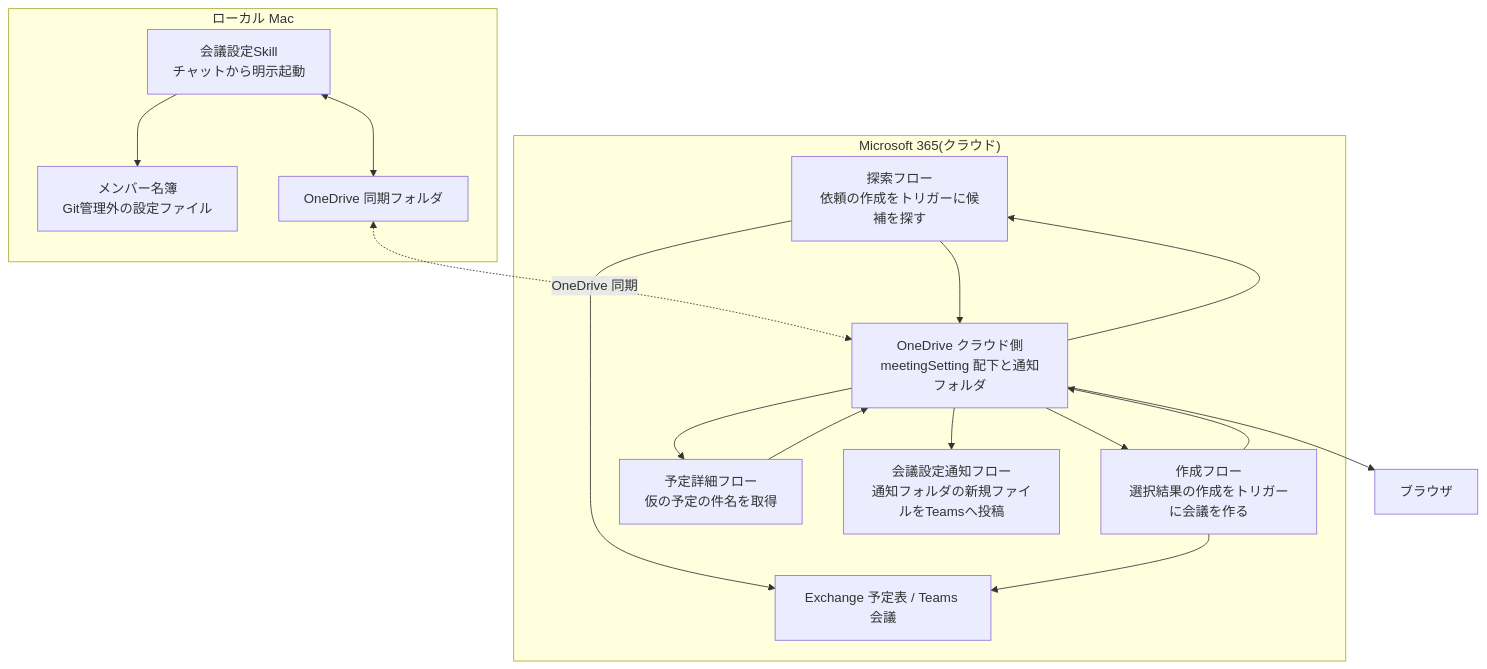
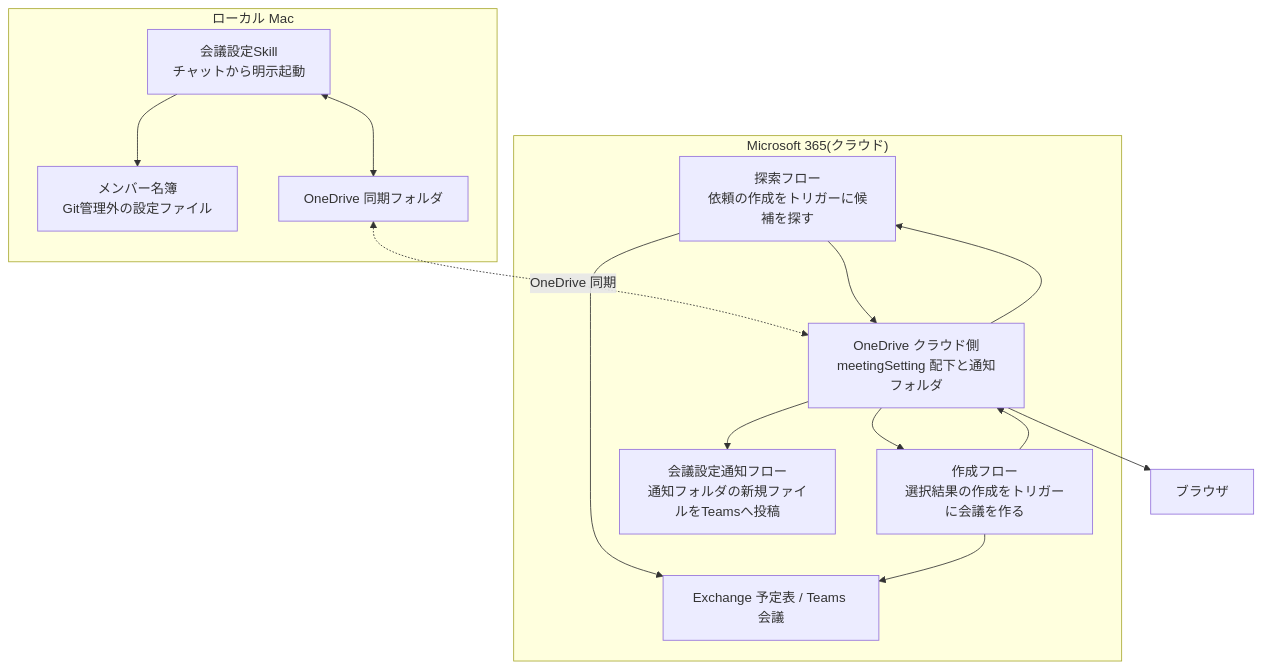
One commit to dnode-ryosuke-yamazaki/study changed the second of 2 diagrams in apps/meeting-setup-automation/specs/architecture.md. Above: the diagram before and after it, drawn with Mermaid. The commit also changed other lines of this file and 24 other files, not shown here.

````diff
--- a/apps/meeting-setup-automation/specs/architecture.md
+++ b/apps/meeting-setup-automation/specs/architecture.md
@@ -80,30 +80,28 @@
 ```mermaid
 flowchart TD
     subgraph cloud["Microsoft 365(クラウド)"]
         PA1["探索フロー<br/>依頼の作成をトリガーに候補を探す"]
         PA2["作成フロー<br/>選択結果の作成をトリガーに会議を作る"]
-        PA3["予定詳細フロー<br/>仮の予定の件名を取得"]
-        PA4["会議設定通知フロー<br/>通知フォルダの新規ファイルをTeamsへ投稿"]
+        PA3["会議設定通知フロー<br/>通知フォルダの新規ファイルをTeamsへ投稿"]
         CAL["Exchange 予定表 / Teams 会議"]
         ODC["OneDrive クラウド側<br/>meetingSetting 配下と通知フォルダ"]
     end
 
     subgraph mac["ローカル Mac"]
         SKILL["会議設定Skill<br/>チャットから明示起動"]
         ROSTER["メンバー名簿<br/>Git管理外の設定ファイル"]
         ODL["OneDrive 同期フォルダ"]
     end
 
     BROWSER["ブラウザ"]
 
     SKILL --> ROSTER
     SKILL <--> ODL
     ODL <-. OneDrive 同期 .-> ODC
     ODC --> PA1 --> CAL
     PA1 --> ODC
     ODC --> PA2 --> CAL
     PA2 --> ODC
-    ODC --> PA3 --> ODC
-    ODC --> PA4
+    ODC --> PA3
     ODC --> BROWSER
 ```
````
